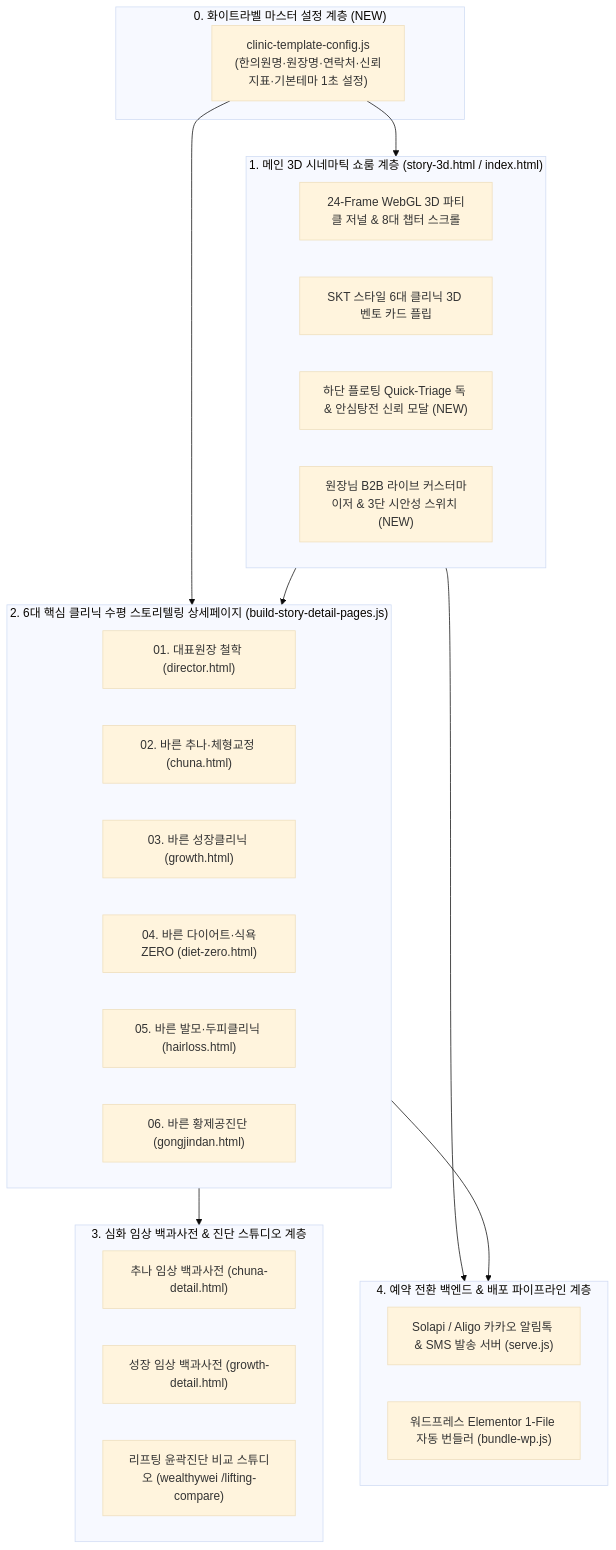
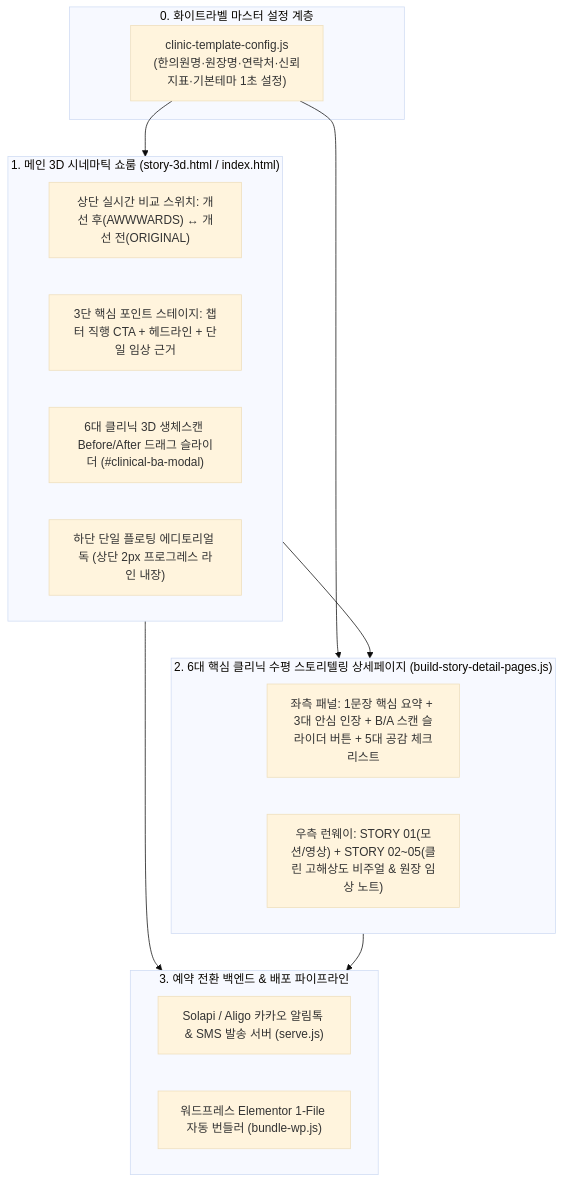
Before and after one commit to ajwei0508-cpu/bareun-homepage: the diagram in TEMPLATE_MASTER_PLAN.md, drawn with Mermaid (base theme). The commit also changed other lines of this file and 30 other files, not shown here.

Commit message:
feat(awwwards-ba-studio): add 12 Neko-style 3D Before/After scans, interactive B/A split slider, UI before/after compare switch & decluttered hierarchy

````diff
--- a/TEMPLATE_MASTER_PLAN.md
+++ b/TEMPLATE_MASTER_PLAN.md
@@ -11,40 +55,29 @@
 ```mermaid
 flowchart TD
-    subgraph L0["0. 화이트라벨 마스터 설정 계층 (NEW)"]
+    subgraph L0["0. 화이트라벨 마스터 설정 계층"]
         CFG["clinic-template-config.js<br/>(한의원명·원장명·연락처·신뢰지표·기본테마 1초 설정)"]
     end
 
-    subgraph L1["1. 메인 3D 시네마틱 쇼룸 계층 (story-3d.html / index.html)"]
-        M1["24-Frame WebGL 3D 파티클 저널 & 8대 챕터 스크롤"]
-        M2["SKT 스타일 6대 클리닉 3D 벤토 카드 플립"]
-        M3["하단 플로팅 Quick-Triage 독 & 안심탕전 신뢰 모달 (NEW)"]
-        M4["원장님 B2B 라이브 커스터마이저 & 3단 시안성 스위치 (NEW)"]
+    subgraph L1["1. 메인 3D 시네마틱 쇼룸 (story-3d.html / index.html)"]
+        M1["상단 실시간 비교 스위치: 개선 후(AWWWARDS) ↔ 개선 전(ORIGINAL)"]
+        M2["3단 핵심 포인트 스테이지: 챕터 직행 CTA + 헤드라인 + 단일 임상 근거"]
+        M3["6대 클리닉 3D 생체스캔 Before/After 드래그 슬라이더 (#clinical-ba-modal)"]
+        M4["하단 단일 플로팅 에디토리얼 독 (상단 2px 프로그레스 라인 내장)"]
     end
 
     subgraph L2["2. 6대 핵심 클리닉 수평 스토리텔링 상세페이지 (build-story-detail-pages.js)"]
-        D1["01. 대표원장 철학 (director.html)"]
-        D2["02. 바른 추나·체형교정 (chuna.html)"]
-        D3["03. 바른 성장클리닉 (growth.html)"]
-        D4["04. 바른 다이어트·식욕ZERO (diet-zero.html)"]
-        D5["05. 바른 발모·두피클리닉 (hairloss.html)"]
-        D6["06. 바른 황제공진단 (gongjindan.html)"]
+        D1["좌측 패널: 1문장 핵심 요약 + 3대 안심 인장 + B/A 스캔 슬라이더 버튼 + 5대 공감 체크리스트"]
+        D2["우측 런웨이: STORY 01(모션/영상) + STORY 02~05(클린 고해상도 비주얼 & 원장 임상 노트)"]
     end
 
-    subgraph L3["3. 심화 임상 백과사전 & 진단 스튜디오 계층"]
-        E1["추나 임상 백과사전 (chuna-detail.html)"]
-        E2["성장 임상 백과사전 (growth-detail.html)"]
-        E3["리프팅 윤곽진단 비교 스튜디오 (wealthywei /lifting-compare)"]
-    end
-
-    subgraph L4["4. 예약 전환 백엔드 & 배포 파이프라인 계층"]
+    subgraph L3["3. 예약 전환 백엔드 & 배포 파이프라인"]
         B1["Solapi / Aligo 카카오 알림톡 & SMS 발송 서버 (serve.js)"]
         B2["워드프레스 Elementor 1-File 자동 번들러 (bundle-wp.js)"]
     end
 
     CFG --> L1
     CFG --> L2
     L1 --> L2
+    L1 --> L3
     L2 --> L3
-    L1 --> L4
-    L2 --> L4
 ```
````
